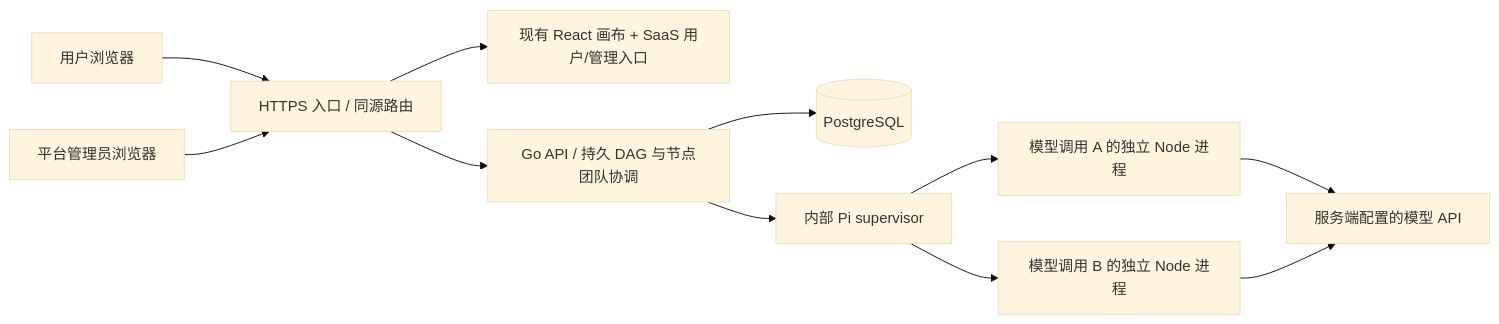
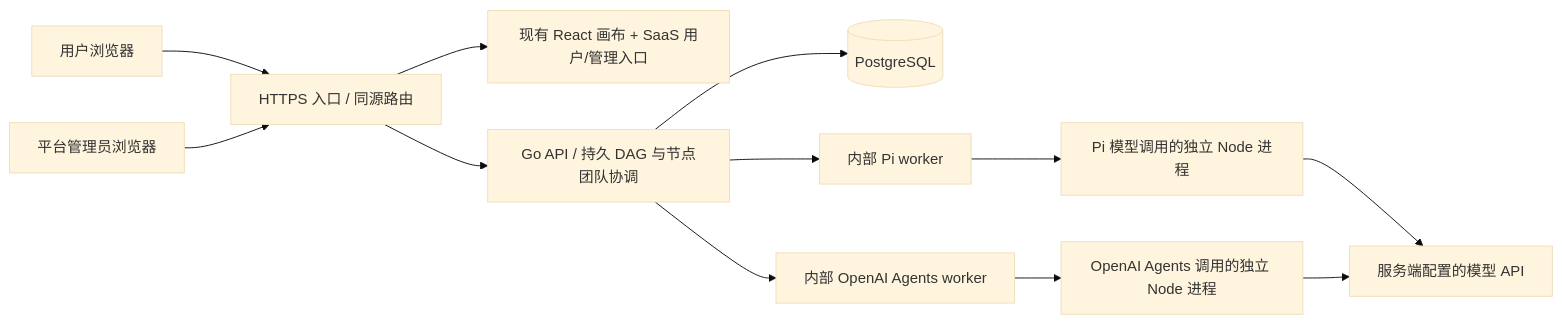
Before and after one commit to Clawhunt-Site/AwwO: the diagram in docs/awwo-saas-architecture.md, drawn with Mermaid (base theme). The commit also changed other lines of this file and 7 other files, not shown here.

Commit message:
docs(runtime): document OpenAI Agents integration

````diff
--- a/docs/awwo-saas-architecture.md
+++ b/docs/awwo-saas-architecture.md
@@ -19,13 +19,14 @@
 ```mermaid
 flowchart LR
   U[用户浏览器] --> E[HTTPS 入口 / 同源路由]
   A[平台管理员浏览器] --> E
   E --> W[现有 React 画布 + SaaS 用户/管理入口]
   E --> G[Go API / 持久 DAG 与节点团队协调]
   G --> D[(PostgreSQL)]
-  G --> P[内部 Pi supervisor]
-  P --> R1[模型调用 A 的独立 Node 进程]
-  P --> R2[模型调用 B 的独立 Node 进程]
+  G --> P[内部 Pi worker]
+  G --> O[内部 OpenAI Agents worker]
+  P --> R1[Pi 模型调用的独立 Node 进程]
+  O --> R2[OpenAI Agents 调用的独立 Node 进程]
   R1 --> M[服务端配置的模型 API]
   R2 --> M
 ```
````
